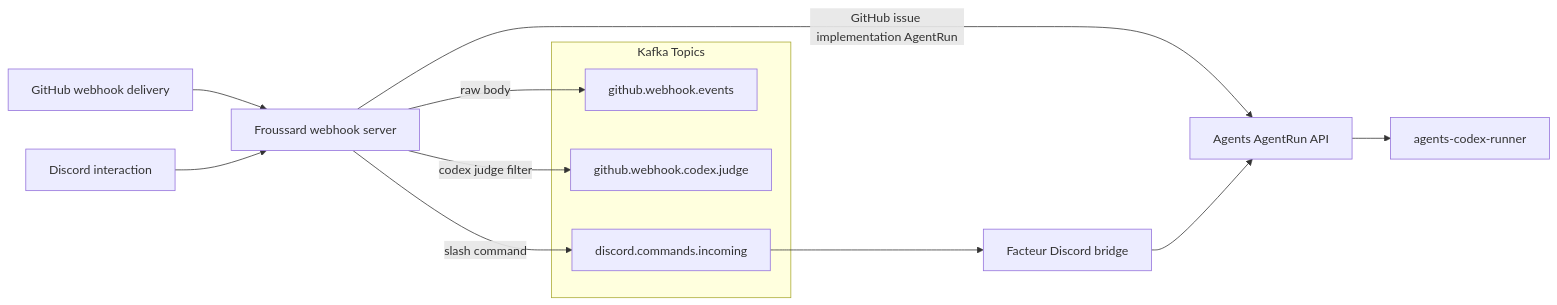
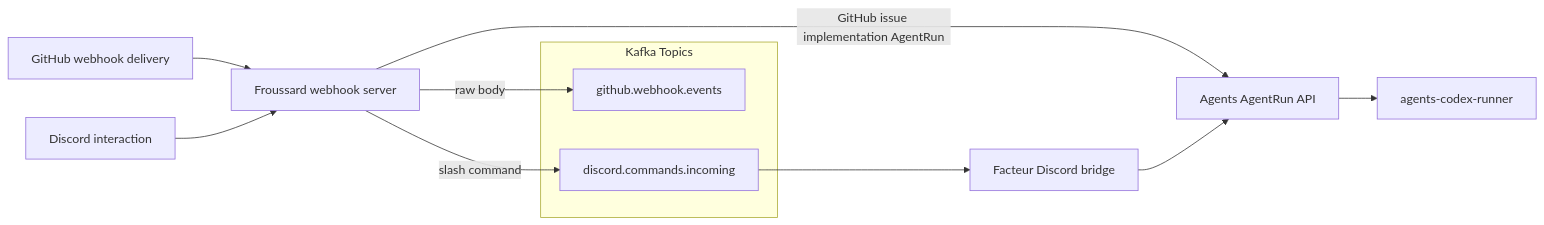
The diagram in apps/froussard/README.md (proompteng/lab), drawn with Mermaid before and after one commit. The commit also changed other lines of this file and 14 other files, not shown here.

Commit message:
refactor(agents): remove froussard codex judge stream

````diff
--- a/apps/froussard/README.md
+++ b/apps/froussard/README.md
@@ -10,17 +10,15 @@
 ```mermaid
 flowchart LR
   GH[GitHub webhook delivery] --> Froussard[Froussard webhook server]
   Discord[Discord interaction] --> Froussard
   subgraph Kafka Topics
     Raw[github.webhook.events]
-    CodexJudge[github.webhook.codex.judge]
     DiscordTopic[discord.commands.incoming]
   end
   Froussard -->|raw body| Raw
-  Froussard -->|codex judge filter| CodexJudge
   Froussard -->|GitHub issue implementation AgentRun| Agents
   Froussard -->|slash command| DiscordTopic
   DiscordTopic --> Facteur[Facteur Discord bridge]
   Facteur --> Agents[Agents AgentRun API]
   Agents --> Runner[agents-codex-runner]
 ```
````
